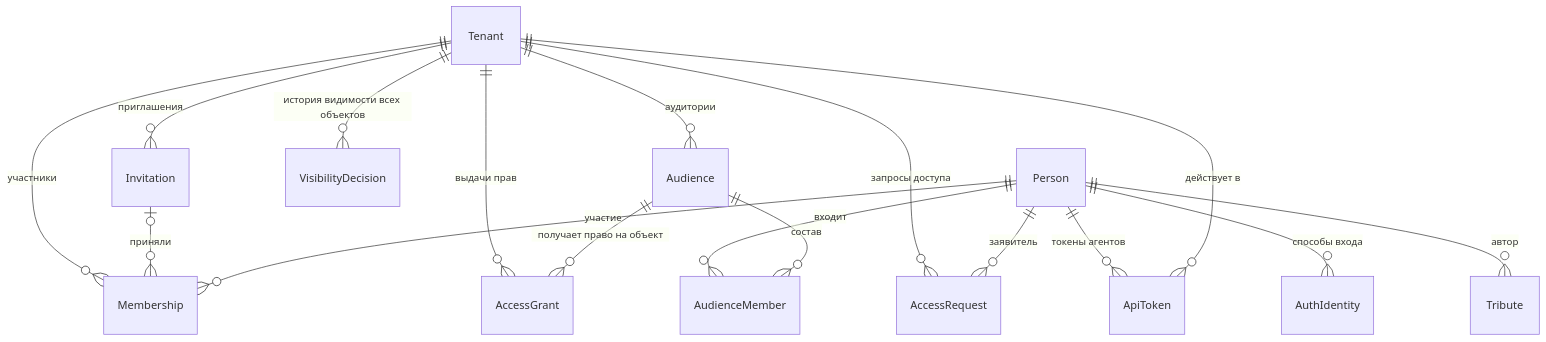
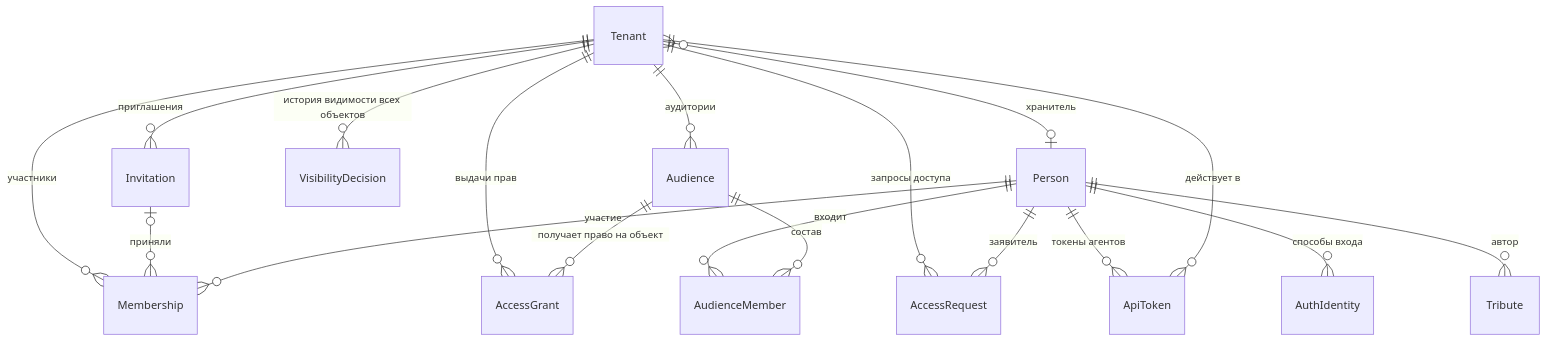
One commit to KiraKhvan/memory_docs changed the diagram in domain_model/Access.md. Above: the diagram before and after it, drawn with Mermaid. The commit also changed other lines of this file, not shown here.

Commit message:
Access.md: keeper contact as Tenant.accessContactPersonId and Person.publicContact

````diff
--- a/domain_model/Access.md
+++ b/domain_model/Access.md
@@ -13,20 +13,21 @@
 ```mermaid
 erDiagram
     Tenant ||--o{ Membership : "участники"
     Tenant ||--o{ Audience : "аудитории"
     Tenant ||--o{ AccessGrant : "выдачи прав"
     Audience ||--o{ AccessGrant : "получает право на объект"
     Tenant ||--o{ AccessRequest : "запросы доступа"
     Tenant ||--o{ Invitation : "приглашения"
     Invitation |o--o{ Membership : "приняли"
     Tenant ||--o{ VisibilityDecision : "история видимости всех объектов"
 
     Person ||--o{ AuthIdentity : "способы входа"
     Person ||--o{ ApiToken : "токены агентов"
     Tenant ||--o{ ApiToken : "действует в"
     Person ||--o{ Membership : "участие"
     Person ||--o{ AudienceMember : "входит"
     Audience ||--o{ AudienceMember : "состав"
     Person ||--o{ AccessRequest : "заявитель"
     Person ||--o{ Tribute : "автор"
+    Tenant }o--o| Person : "хранитель"
 ```
````
